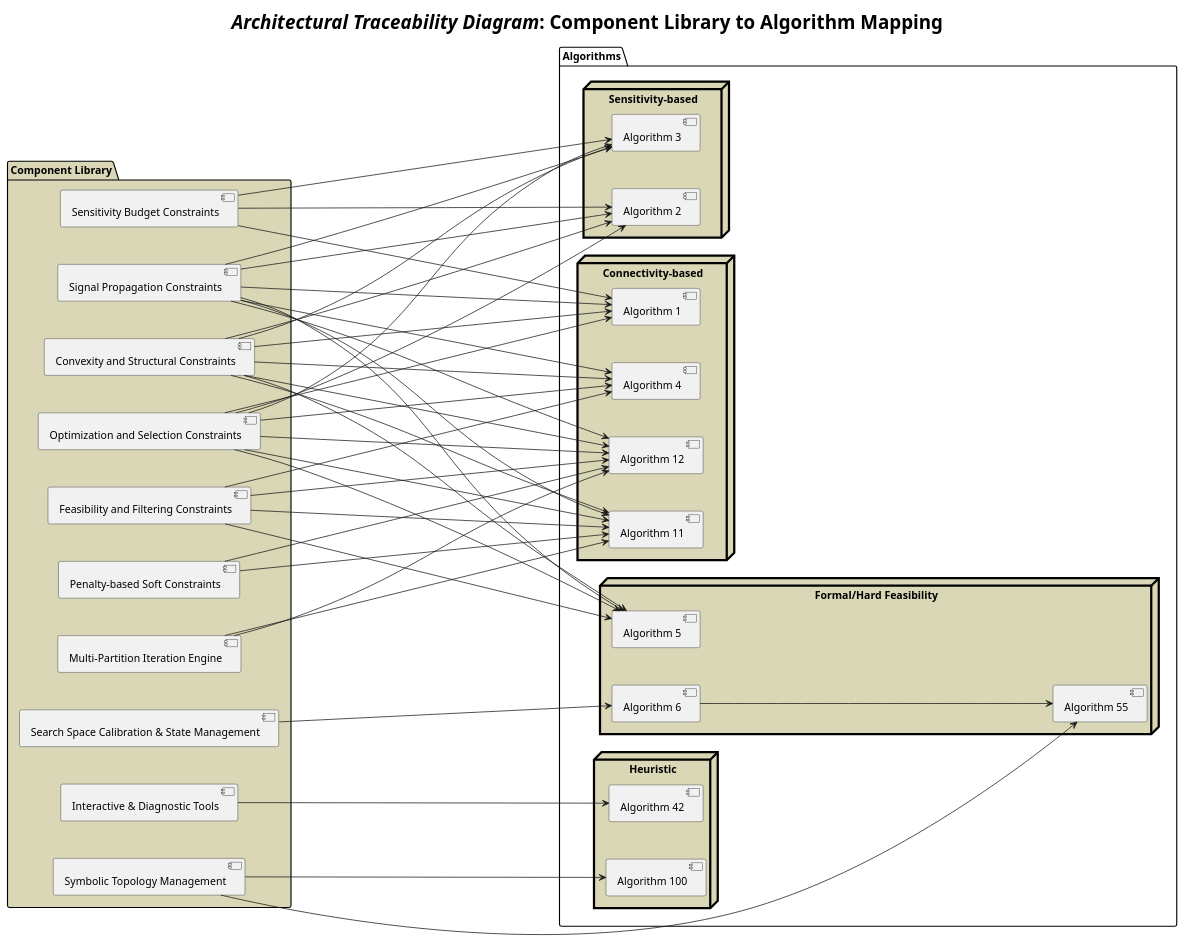
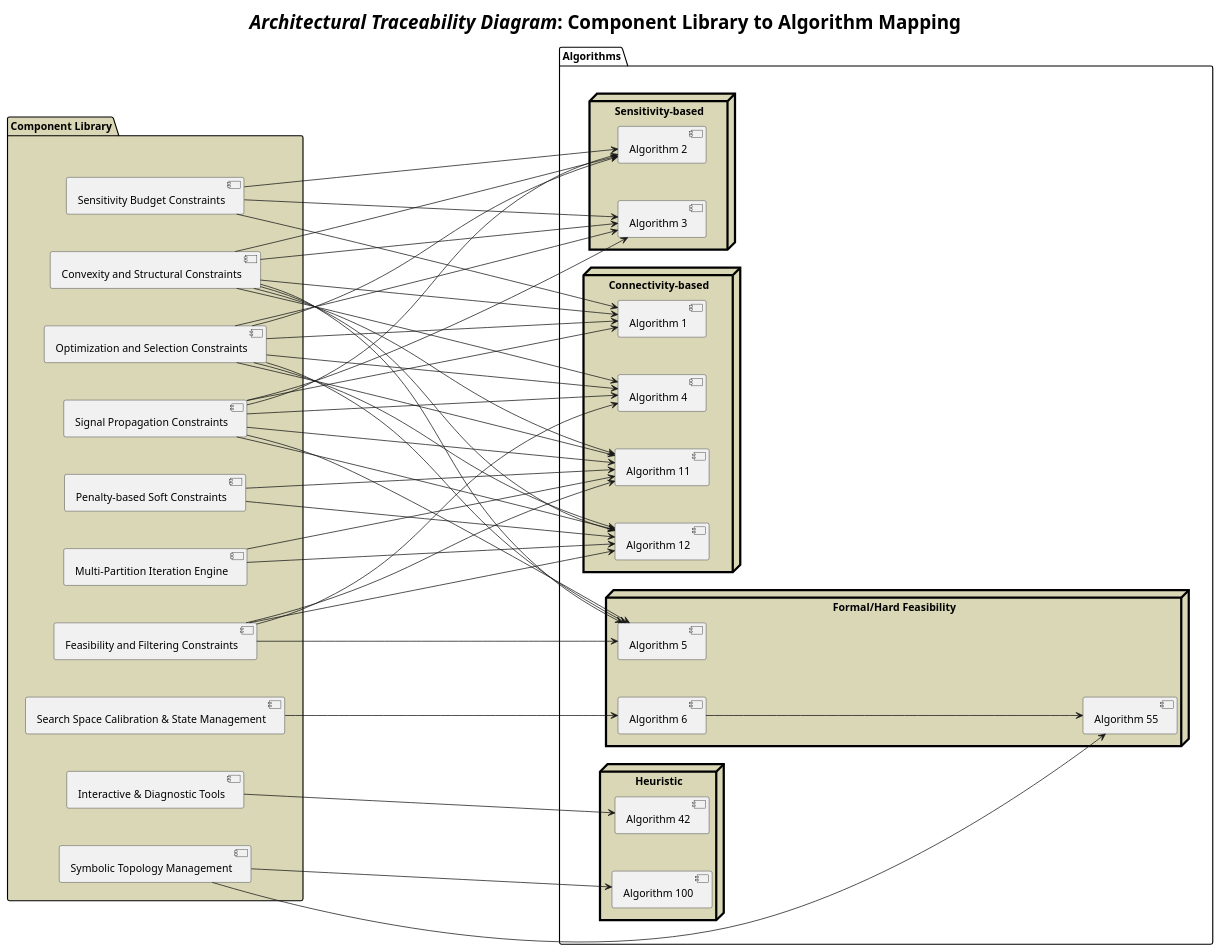
One commit to LP-RG/subxpat changed the diagram in sxpat/architecture_map.puml. Above: the diagram before and after it, drawn with PlantUML.

Commit message:
#202: Apply temporary ranksep spacing in architectural UML

```diff
--- a/sxpat/architecture_map.puml
+++ b/sxpat/architecture_map.puml
@@ -1,115 +1,117 @@
 @startuml
 skinparam componentStyle uml2
 left to right direction
 
 skinparam nodesep 50
-skinparam ranksep 400
+skinparam Ranksep 400
 skinparam titleFontSize 25
 
 <style>
 node {
     LineColor black
     LineThickness 3.0
     BackgroundColor #D9D7B6
 }
 </style>
 
 title 
     <i>Architectural Traceability Diagram</i>: Component Library to Algorithm Mapping
 end title
 
 
 package "Component Library" #D9D7B6 {
     [Signal Propagation Constraints] as SP
     [Convexity and Structural Constraints] as CS
     [Optimization and Selection Constraints] as OS
     [Sensitivity Budget Constraints] as SB
     [Feasibility and Filtering Constraints] as FF
     [Penalty-based Soft Constraints] as PS
     [Multi-Partition Iteration Engine] as MPE
     [Search Space Calibration & State Management] as SSCSM
     [Symbolic Topology Management] as STM
     [Interactive & Diagnostic Tools] as IDT
 }
 
 package "Algorithms" {
     node "Connectivity-based" {
         [Algorithm 1] as A1
         [Algorithm 4] as A4
         [Algorithm 11] as A11
         [Algorithm 12] as A12
     }
     node "Sensitivity-based" {
         [Algorithm 2] as A2
         [Algorithm 3] as A3
     }
     node "Formal/Hard Feasibility" {
         [Algorithm 5] as A5
         [Algorithm 6] as A6
         [Algorithm 55] as A55
     }
     node "Heuristic" {
         [Algorithm 42] as A42
         [Algorithm 100] as A100
     }
 }
+
+[Component Library] -[hidden]down-> [Algorithms]
 
 ' (Mapping)
 ' mapping dependencies for 'Signal Propagation Constraints'
 SP --> A1 
 SP --> A2
 SP --> A3
 SP --> A4
 SP --> A5
 SP --> A11
 SP --> A12
 
 ' mapping dependencies for 'Convexity and Structural Constraints'
 CS --> A1 
 CS --> A2
 CS --> A3
 CS --> A4
 CS --> A5
 CS --> A11
 CS --> A12
 
 ' mapping dependencies for 'Optimization and Selection Constraints'
 OS --> A1 
 OS --> A2
 OS --> A3
 OS --> A4
 OS --> A5
 OS --> A11
 OS --> A12
 
 ' mapping dependencies for 'Sensitivity Budget Constraints'
 SB --> A1
 SB --> A2
 SB --> A3
 
 ' mapping dependencies for 'Feasibility and Filtering Constraints'
 FF --> A4
 FF --> A5 
 FF --> A11 
 FF --> A12 
 
 ' mapping dependencies for 'Penalty-based Soft Constraints'
 PS --> A11
 PS --> A12
 
 ' mapping dependencies for 'Multi-Partition Iteration Engine'
 MPE --> A11
 MPE --> A12
 
 ' mapping dependencies for 'Search Space Calibration & State Management'
 SSCSM --> A6
 
 ' mapping dependencies for 'Symbolic Topology Management'
 STM --> A55
 STM --> A100
 A6 --> A55
 
 ' mapping dependencies for 'Interactive & Diagnostic Tools'
 IDT --> A42
 
 @enduml
```
